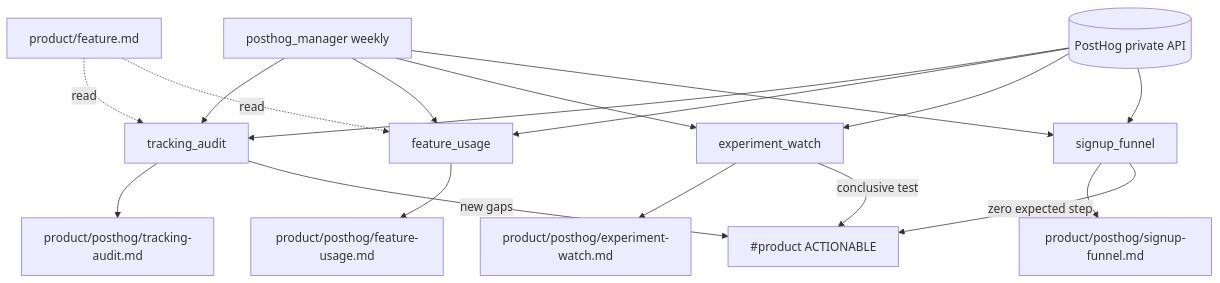
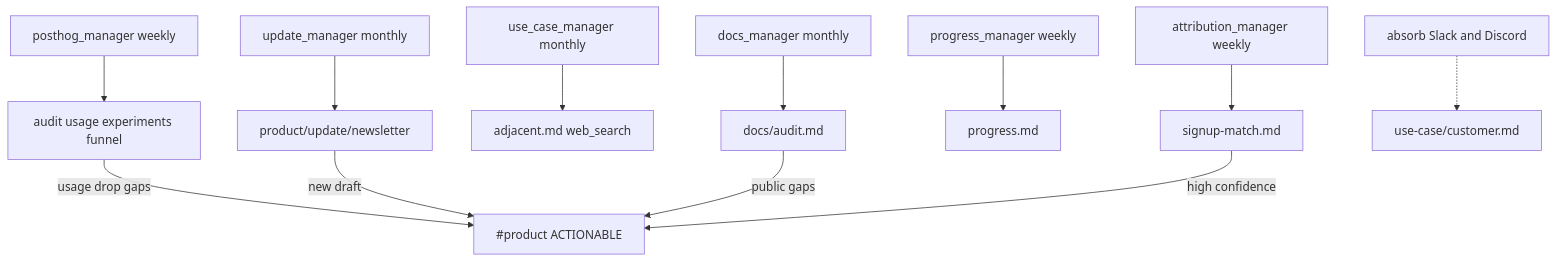
The diagram in docs/agents/product.md (NickyHeC/4r7a), drawn with Mermaid before and after one commit. The commit also changed other lines of this file and 32 other files, not shown here.

````diff
--- a/docs/agents/product.md
+++ b/docs/agents/product.md
@@ -24,21 +29,14 @@
 ```mermaid
 flowchart TD
-  mgr[posthog_manager weekly]
-  mgr --> audit[tracking_audit]
-  mgr --> usage[feature_usage]
-  mgr --> exp[experiment_watch]
-  mgr --> funnel[signup_funnel]
-  audit --> wikiAudit[product/posthog/tracking-audit.md]
-  usage --> wikiUsage[product/posthog/feature-usage.md]
-  exp --> wikiExp[product/posthog/experiment-watch.md]
-  funnel --> wikiFunnel[product/posthog/signup-funnel.md]
-  audit -->|new gaps| slack["#product ACTIONABLE"]
-  exp -->|conclusive test| slack
-  funnel -->|zero expected step| slack
-  featMd[product/feature.md] -.->|read| audit
-  featMd -.->|read| usage
-  ph[(PostHog private API)] --> audit
-  ph --> usage
-  ph --> exp
-  ph --> funnel
+  PHm[posthog_manager weekly] --> specialists[audit usage experiments funnel]
+  UPm[update_manager monthly] --> newsletter[product/update/newsletter]
+  UCm[use_case_manager monthly] --> adjacent[adjacent.md web_search]
+  DOm[docs_manager monthly] --> audit[docs/audit.md]
+  PRm[progress_manager weekly] --> progress[progress.md]
+  ATm[attribution_manager weekly] --> match[signup-match.md]
+  Absorb[absorb Slack and Discord] -.-> Customer[use-case/customer.md]
+  specialists -->|usage drop gaps| slack["#product ACTIONABLE"]
+  newsletter -->|new draft| slack
+  audit -->|public gaps| slack
+  match -->|high confidence| slack
 ```
````
